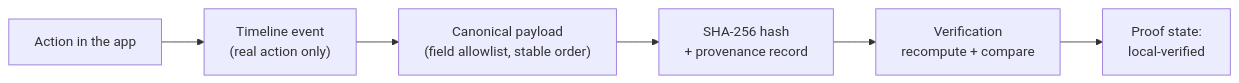
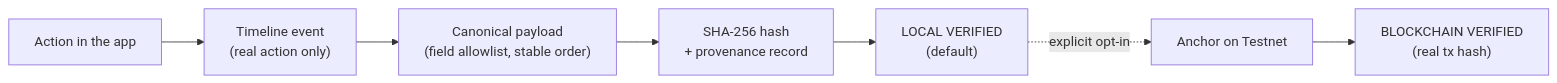
Before and after one commit to Tony-chauhan/agrisaarthi-360: the ninth of 11 diagrams in README.md, drawn with Mermaid. The commit also changed other lines of this file, not shown here.

Commit message:
docs: document blockchain provenance contract, verification flow, and audit updates

````diff
--- a/README.md
+++ b/README.md
@@ -332,8 +336,9 @@
 ```mermaid
 flowchart LR
     A["Action in the app"] --> B["Timeline event<br/>(real action only)"]
     B --> C["Canonical payload<br/>(field allowlist, stable order)"]
     C --> D["SHA-256 hash<br/>+ provenance record"]
-    D --> E["Verification<br/>recompute + compare"]
-    E --> F["Proof state:<br/>local-verified"]
+    D --> E["LOCAL VERIFIED<br/>(default)"]
+    E -. "explicit opt-in" .-> F["Anchor on Testnet"]
+    F --> G["BLOCKCHAIN VERIFIED<br/>(real tx hash)"]
 ```
````
